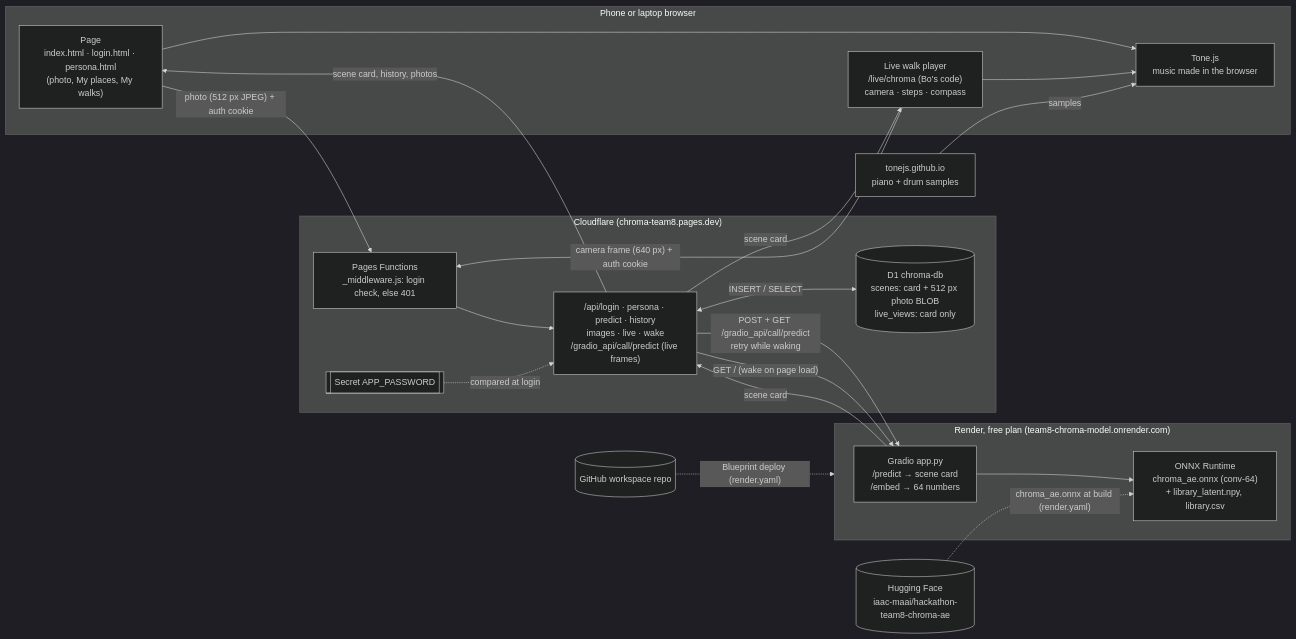
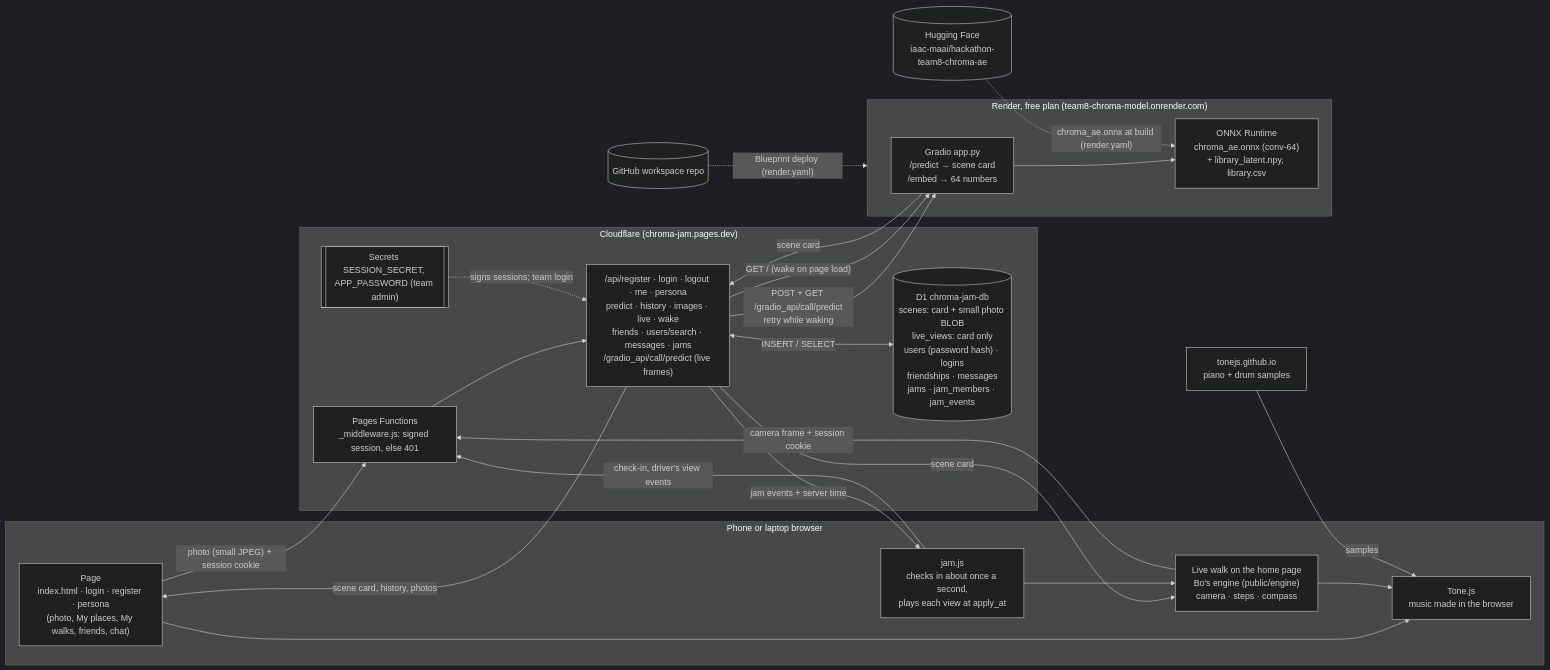
One commit to iaac-maai/hackathon-team8-chroma changed the diagram in 04_final/diagrams/system.md. Above: the diagram before and after it, drawn with Mermaid (dark theme). The commit also changed other lines of this file and 72 other files, not shown here.

Commit message:
Final app: accounts, friends, chat, jams, saved tracks and playlists on chroma-jam.pages.dev; final docs and proofs; model server; Bo's latest music

````diff
--- a/04_final/diagrams/system.md
+++ b/04_final/diagrams/system.md
@@ -6,41 +6,45 @@
 ```mermaid
 flowchart LR
   subgraph PHONE["Phone or laptop browser"]
-    PAGE["Page<br/>index.html · login.html · persona.html<br/>(photo, My places, My walks)"]
-    LIVE["Live walk player<br/>/live/chroma (Bo's code)<br/>camera · steps · compass"]
+    PAGE["Page<br/>index.html · login · register · persona<br/>(photo, My places, My walks, friends, chat)"]
+    LIVE["Live walk on the home page<br/>Bo's engine (public/engine)<br/>camera · steps · compass"]
+    JAM["jam.js<br/>checks in about once a second,<br/>plays each view at apply_at"]
     TONE["Tone.js<br/>music made in the browser"]
   end
 
-  subgraph CF["Cloudflare (chroma-team8.pages.dev)"]
-    MW["Pages Functions<br/>_middleware.js: login check, else 401"]
-    API["/api/login · persona · predict · history<br/>images · live · wake<br/>/gradio_api/call/predict (live frames)"]
-    SECRET[["Secret APP_PASSWORD"]]
-    D1[("D1 chroma-db<br/>scenes: card + 512 px photo BLOB<br/>live_views: card only")]
+  subgraph CF["Cloudflare (chroma-jam.pages.dev)"]
+    MW["Pages Functions<br/>_middleware.js: signed session, else 401"]
+    API["/api/register · login · logout · me · persona<br/>predict · history · images · live · wake<br/>friends · users/search · messages · jams<br/>/gradio_api/call/predict (live frames)"]
+    SECRET[["Secrets SESSION_SECRET, APP_PASSWORD (team admin)"]]
+    D1[("D1 chroma-jam-db<br/>scenes: card + small photo BLOB<br/>live_views: card only<br/>users (password hash) · logins<br/>friendships · messages<br/>jams · jam_members · jam_events")]
   end
 
   subgraph RENDER["Render, free plan (team8-chroma-model.onrender.com)"]
     GR["Gradio app.py<br/>/predict → scene card<br/>/embed → 64 numbers"]
     AE["ONNX Runtime<br/>chroma_ae.onnx (conv-64)<br/>+ library_latent.npy, library.csv"]
   end
 
   HF[("Hugging Face<br/>iaac-maai/hackathon-team8-chroma-ae")]
   GH[("GitHub workspace repo")]
   CDN["tonejs.github.io<br/>piano + drum samples"]
 
-  PAGE -->|"photo (512 px JPEG) + auth cookie"| MW
-  LIVE -->|"camera frame (640 px) + auth cookie"| MW
+  PAGE -->|"photo (small JPEG) + session cookie"| MW
+  LIVE -->|"camera frame + session cookie"| MW
+  JAM -->|"check-in, driver's view events"| MW
   MW --> API
-  SECRET -.->|"compared at login"| API
+  SECRET -.->|"signs sessions; team login"| API
   API -->|"POST + GET /gradio_api/call/predict<br/>retry while waking"| GR
   API -->|"GET / (wake on page load)"| GR
   GR --> AE
   GR -->|"scene card"| API
   API <-->|"INSERT / SELECT"| D1
   API -->|"scene card, history, photos"| PAGE
   API -->|"scene card"| LIVE
+  API -->|"jam events + server time"| JAM
+  JAM --> LIVE
   PAGE --> TONE
   LIVE --> TONE
   CDN -->|"samples"| TONE
   HF -.->|"chroma_ae.onnx at build (render.yaml)"| AE
   GH -.->|"Blueprint deploy (render.yaml)"| RENDER
 ```
````
